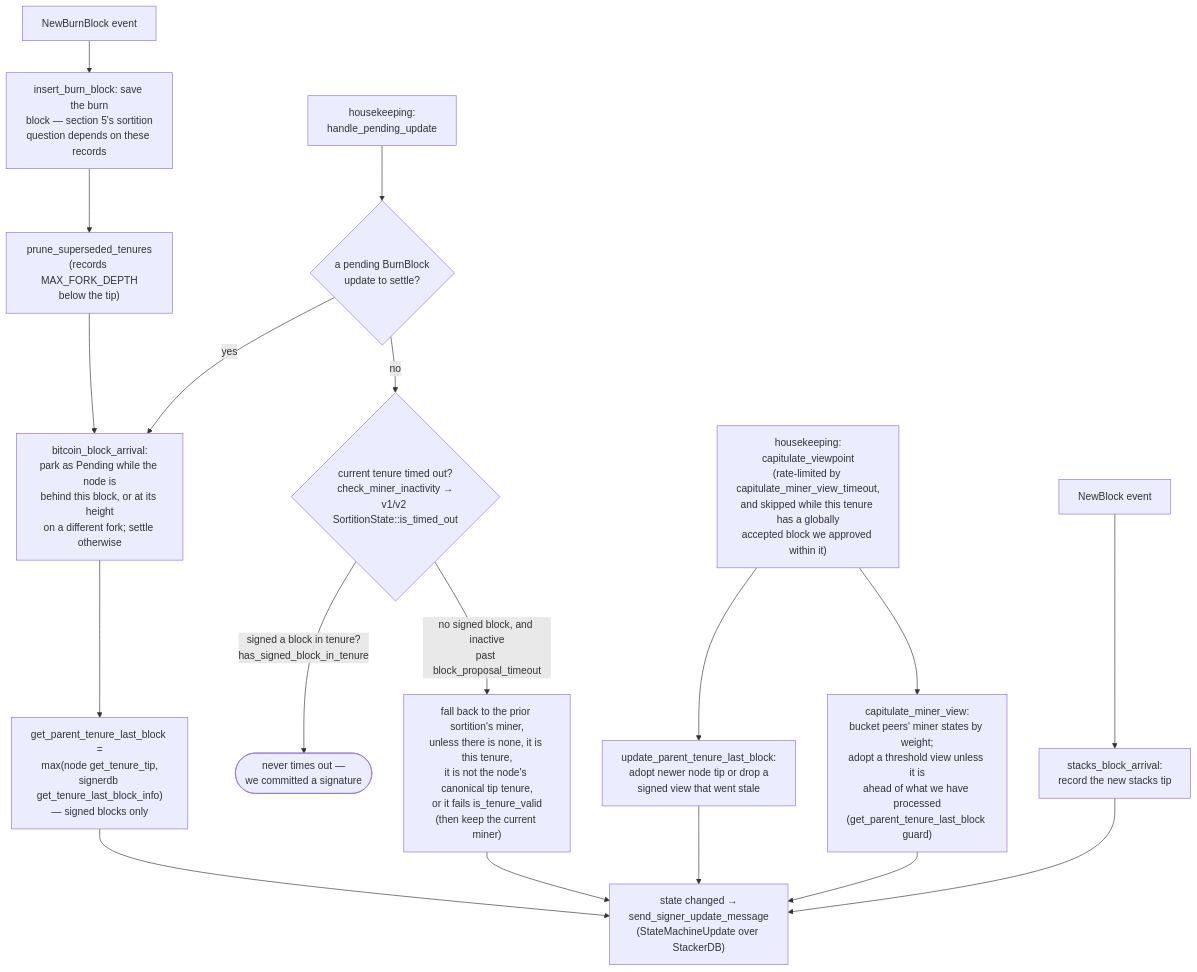
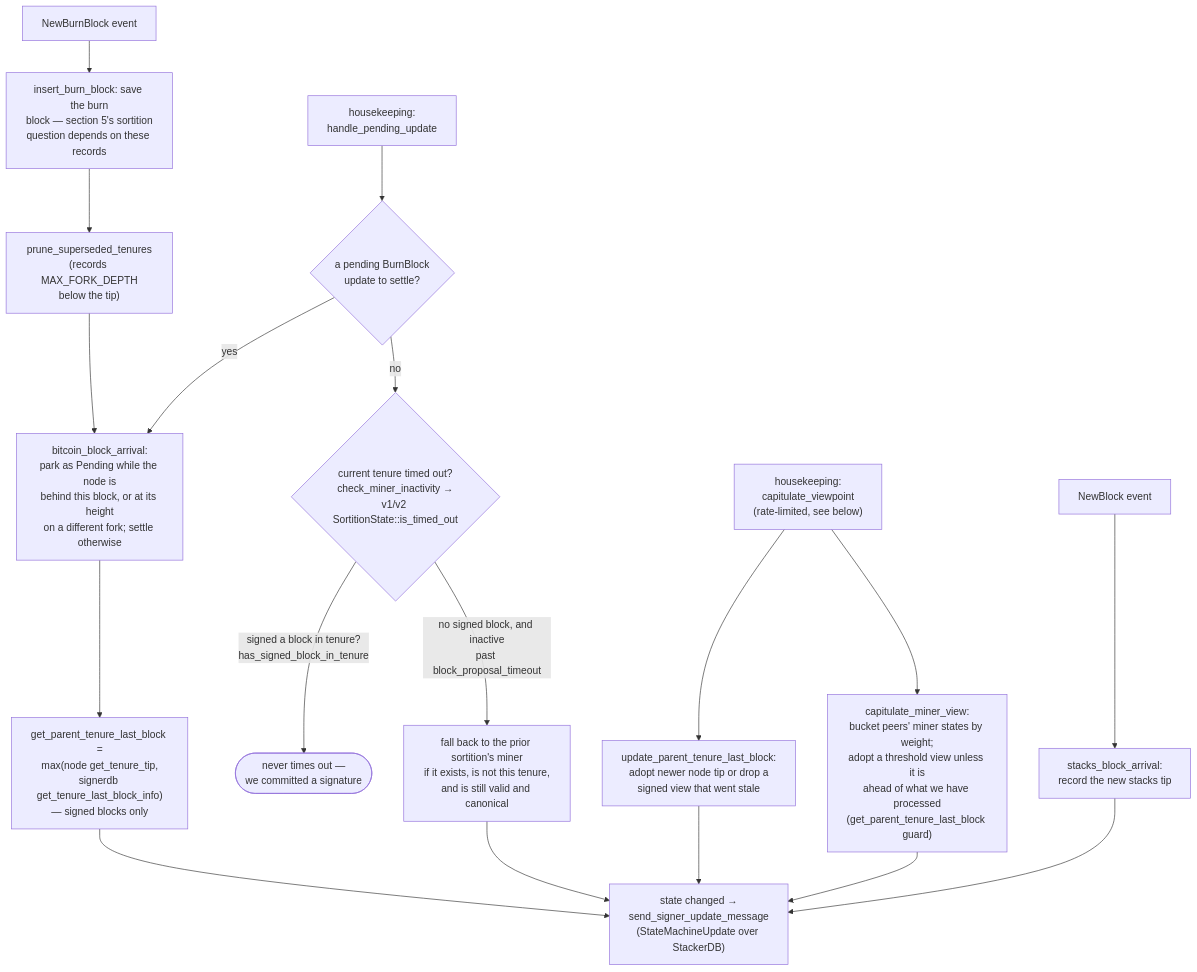
Before and after one commit to stacks-network/stacks-core: the ninth of 9 diagrams in docs/signer-flows.md, drawn with Mermaid. The commit also changed other lines of this file and 6 other files, not shown here.

Commit message:
fix(signer): exclude the block under check in the signed-tip query, not after LIMIT 1

````diff
--- a/docs/signer-flows.md
+++ b/docs/signer-flows.md
@@ -536,19 +509,19 @@
 ```mermaid
 flowchart TB
     BB["NewBurnBlock event"] --> SAVE["insert_burn_block: save the burn<br/>block — section 5's sortition<br/>question depends on these records"]
     SAVE --> PRUNE["prune_superseded_tenures<br/>(records MAX_FORK_DEPTH<br/>below the tip)"]
     PRUNE --> ARR["bitcoin_block_arrival:<br/>park as Pending while the node is<br/>behind this block, or at its height<br/>on a different fork; settle otherwise"]
     ARR --> GPT["get_parent_tenure_last_block =<br/>max(node get_tenure_tip,<br/>signerdb get_tenure_last_block_info)<br/>— signed blocks only"]
     HPU["housekeeping:<br/>handle_pending_update"] --> PEND{"a pending BurnBlock<br/>update to settle?"}
     PEND -- yes --> ARR
     PEND -- no --> TO{"current tenure timed out?<br/>check_miner_inactivity →<br/>v1/v2 SortitionState::is_timed_out"}
     TO -- "signed a block in tenure?<br/>has_signed_block_in_tenure" --> NEVER(["never times out —<br/>we committed a signature"])
-    TO -- "no signed block, and inactive<br/>past block_proposal_timeout" --> FALL["fall back to the prior sortition's miner,<br/>unless there is none, it is this tenure,<br/>it is not the node's canonical tip tenure,<br/>or it fails is_tenure_valid<br/>(then keep the current miner)"]
-    TICK["housekeeping:<br/>capitulate_viewpoint<br/>(rate-limited by capitulate_miner_view_timeout,<br/>and skipped while this tenure has a globally<br/>accepted block we approved within it)"] --> UPD["update_parent_tenure_last_block:<br/>adopt newer node tip or drop a<br/>signed view that went stale"]
+    TO -- "no signed block, and inactive<br/>past block_proposal_timeout" --> FALL["fall back to the prior sortition's miner<br/>if it exists, is not this tenure,<br/>and is still valid and canonical"]
+    TICK["housekeeping:<br/>capitulate_viewpoint<br/>(rate-limited, see below)"] --> UPD["update_parent_tenure_last_block:<br/>adopt newer node tip or drop a<br/>signed view that went stale"]
     TICK --> CAP["capitulate_miner_view:<br/>bucket peers' miner states by weight;<br/>adopt a threshold view unless it is<br/>ahead of what we have processed<br/>(get_parent_tenure_last_block guard)"]
     GPT --> SEND["state changed →<br/>send_signer_update_message<br/>(StateMachineUpdate over StackerDB)"]
     FALL --> SEND
     UPD --> SEND
     CAP --> SEND
     NB["NewBlock event"] --> SBA["stacks_block_arrival:<br/>record the new stacks tip"] --> SEND
 ```
````
